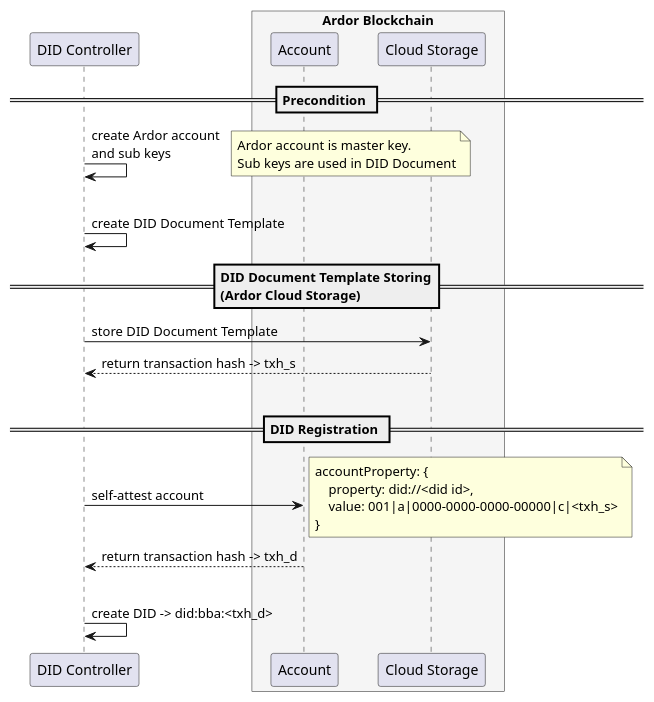
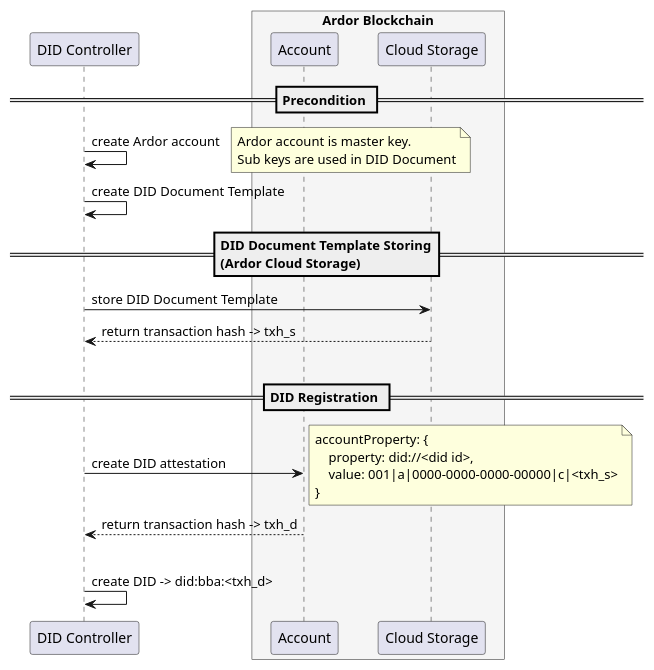
The diagram in docs/plantuml/src/did-create.puml (blobaa/bba-did-method-specification), drawn with PlantUML before and after one commit. The commit also changed 10 other files, not shown here.

```diff
--- a/docs/plantuml/src/did-create.puml
+++ b/docs/plantuml/src/did-create.puml
@@ -1,45 +1,44 @@
 @startuml
 skinparam BoxPadding 15
 skinparam ParticipantPadding 15
 
 
 participant "DID Controller" as DCR
 box "Ardor Blockchain" #WhiteSmoke
     participant "Account" as ATTE
     participant "Cloud Storage" as STR
 end box
 
 
 == Precondition ==
 
-DCR -> DCR: create Ardor account\nand sub keys
+DCR -> DCR: create Ardor account
 note right
     Ardor account is master key.
     Sub keys are used in DID Document
 end note
-|||
 DCR -> DCR: create DID Document Template
 
 
 == DID Document Template Storing\n(Ardor Cloud Storage) ==
 
 DCR -> STR: store DID Document Template
 STR --> DCR: return transaction hash -> txh_s
 |||
 
 
 == DID Registration ==
 
-DCR -> ATTE: self-attest account
+DCR -> ATTE: create DID attestation
 note right
     accountProperty: {
         property: did://<did id>,
         value: 001|a|0000-0000-0000-00000|c|<txh_s>
     }
 end note
 ATTE --> DCR: return transaction hash -> txh_d
 |||
 DCR -> DCR: create DID -> did:bba:<txh_d>
 
 
 @enduml
```
